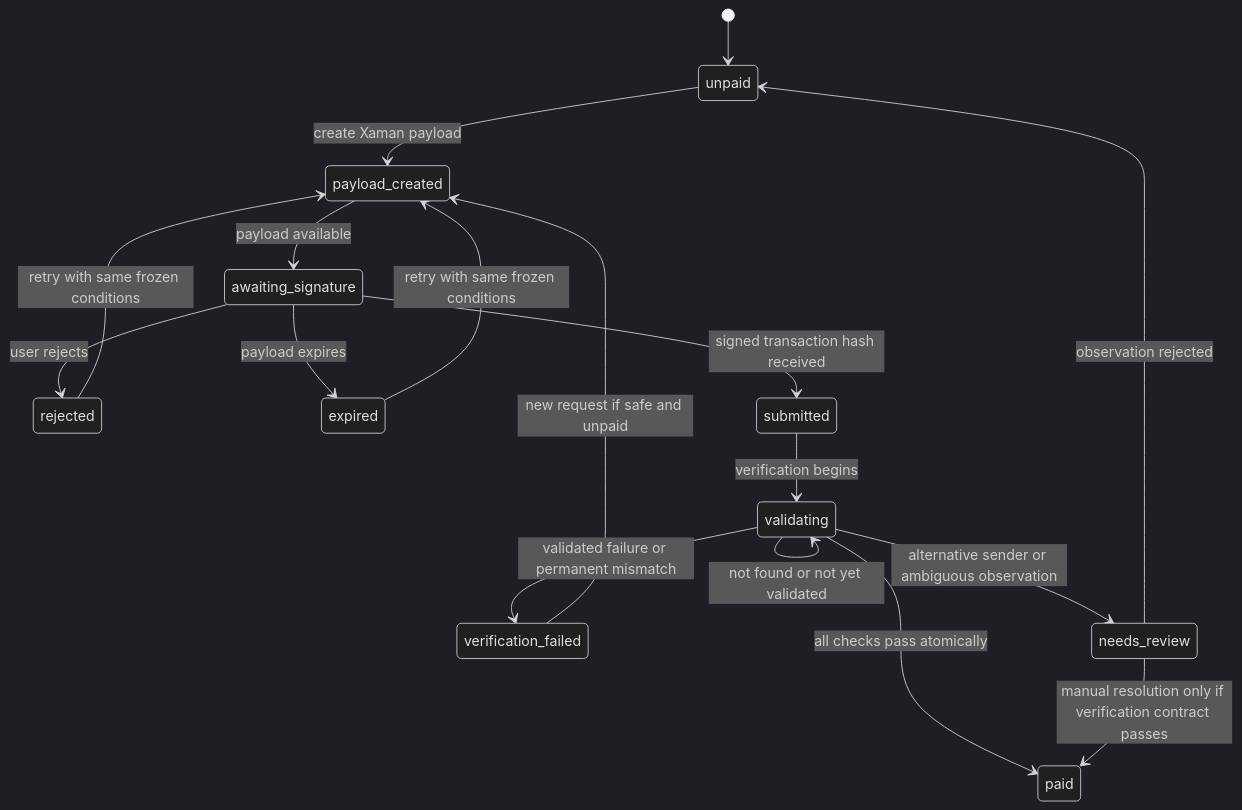
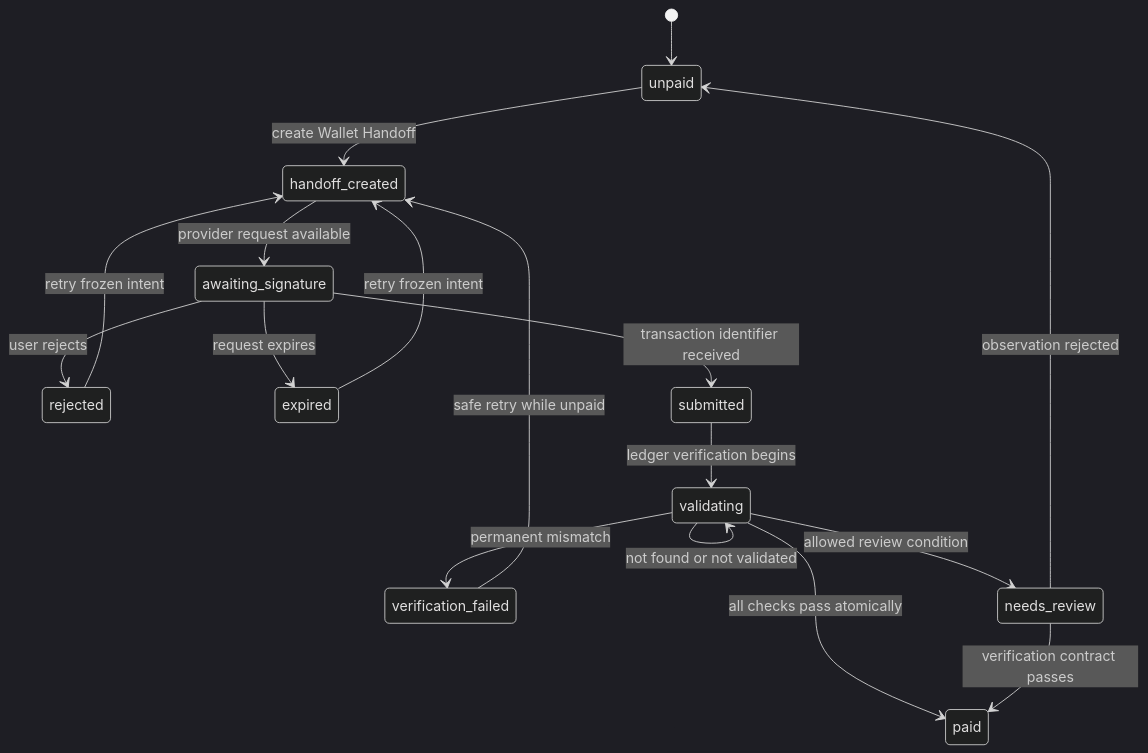
Before and after one commit to badjoke-lab/xrpl-group-pay: the second of 2 diagrams in docs/state-machine.md, drawn with Mermaid (dark theme). The commit also changed other lines of this file and 3 other files, not shown here.

````diff
--- a/docs/state-machine.md
+++ b/docs/state-machine.md
@@ -72,19 +72,19 @@
 ```mermaid
 stateDiagram-v2
   [*] --> unpaid
-  unpaid --> payload_created: create Xaman payload
-  payload_created --> awaiting_signature: payload available
+  unpaid --> handoff_created: create Wallet Handoff
+  handoff_created --> awaiting_signature: provider request available
   awaiting_signature --> rejected: user rejects
-  awaiting_signature --> expired: payload expires
-  awaiting_signature --> submitted: signed transaction hash received
-  submitted --> validating: verification begins
-  validating --> validating: not found or not yet validated
+  awaiting_signature --> expired: request expires
+  awaiting_signature --> submitted: transaction identifier received
+  submitted --> validating: ledger verification begins
+  validating --> validating: not found or not validated
   validating --> paid: all checks pass atomically
-  validating --> verification_failed: validated failure or permanent mismatch
-  validating --> needs_review: alternative sender or ambiguous observation
-  rejected --> payload_created: retry with same frozen conditions
-  expired --> payload_created: retry with same frozen conditions
-  verification_failed --> payload_created: new request if safe and unpaid
-  needs_review --> paid: manual resolution only if verification contract passes
+  validating --> verification_failed: permanent mismatch
+  validating --> needs_review: allowed review condition
+  rejected --> handoff_created: retry frozen intent
+  expired --> handoff_created: retry frozen intent
+  verification_failed --> handoff_created: safe retry while unpaid
+  needs_review --> paid: verification contract passes
   needs_review --> unpaid: observation rejected
 ```
````
